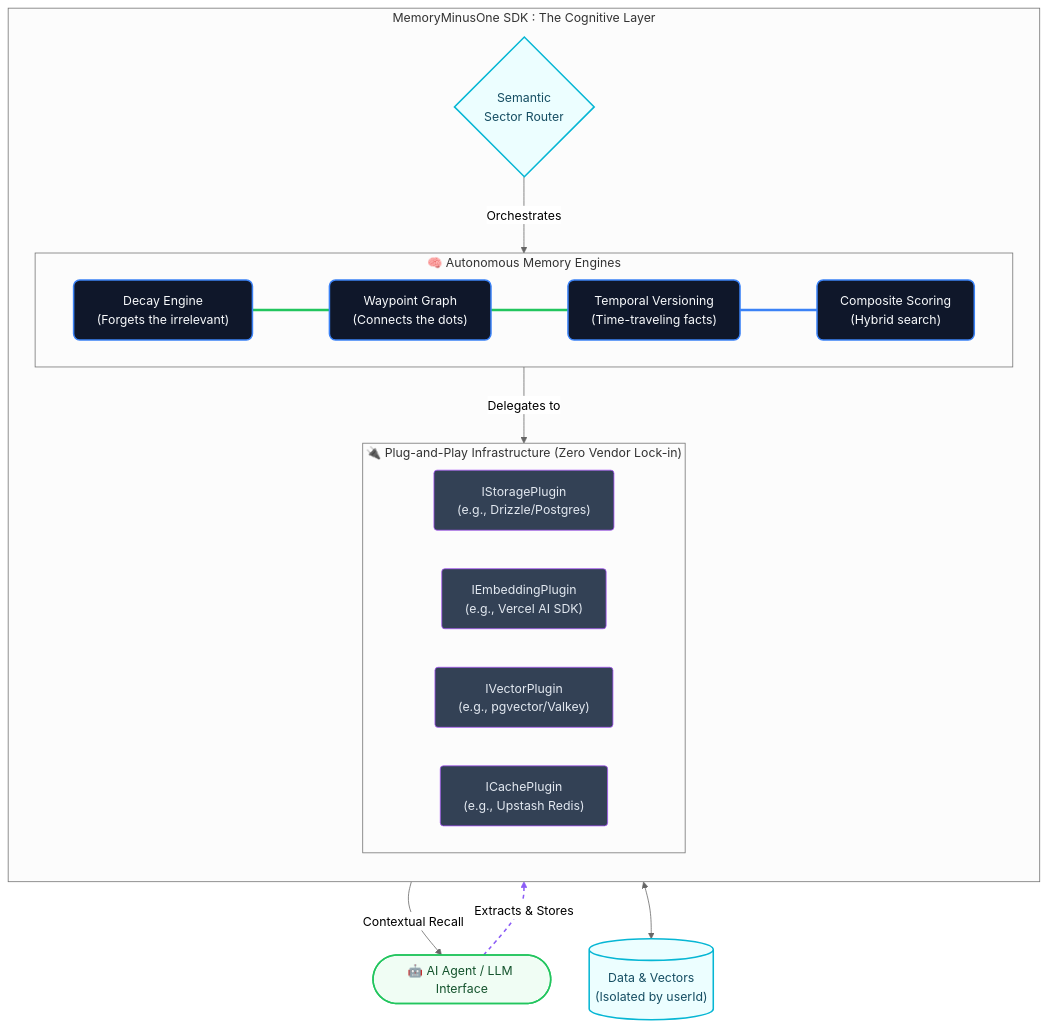
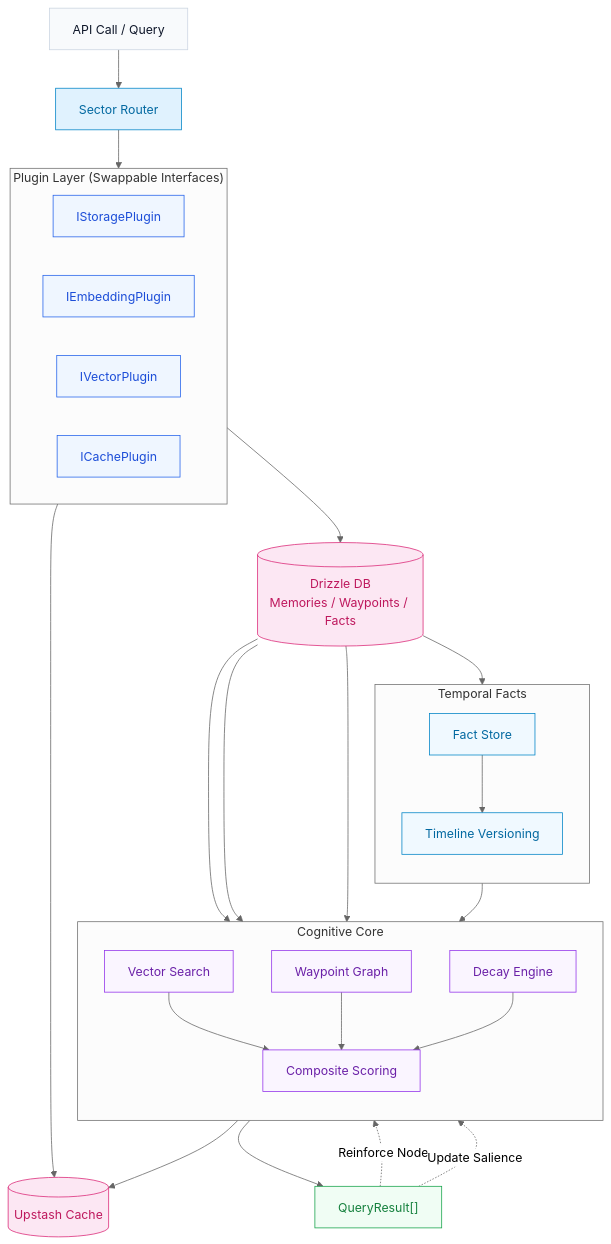
One commit to NormVg/MemoryMinusOne changed the diagram in README.md. Above: the diagram before and after it, drawn with Mermaid (neutral theme).

Commit message:
docs: revert architecture diagram in README to previous version

````diff
--- a/README.md
+++ b/README.md
@@ -83,56 +83,57 @@
 ```mermaid
-graph TD
-    %% Custom Styles for a Premium Look
-    classDef memory_core fill:#0f172a,stroke:#3b82f6,stroke-width:2px,color:#f8fafc,rx:8px,ry:8px
-    classDef plugin_layer fill:#1e293b,stroke:#8b5cf6,stroke-width:2px,color:#f8fafc,stroke-dasharray: 5 5,rx:8px,ry:8px
-    classDef plugin fill:#334155,stroke:#a855f7,stroke-width:1px,color:#e2e8f0,rx:4px,ry:4px
-    classDef active_data fill:#ecfeff,stroke:#06b6d4,stroke-width:2px,color:#164e63,rx:8px,ry:8px
-    classDef input_output fill:#f0fdf4,stroke:#22c55e,stroke-width:2px,color:#14532d,rx:20px,ry:20px
+flowchart TD
+    %% Styling Classes
+    classDef input fill:#f8fafc,stroke:#cbd5e1,stroke-width:1px,color:#0f172a;
+    classDef router fill:#e0f2fe,stroke:#0284c7,stroke-width:1px,color:#0369a1;
+    classDef db fill:#fce7f3,stroke:#db2777,stroke-width:1px,color:#be185d;
+    classDef engine fill:#faf5ff,stroke:#9333ea,stroke-width:1px,color:#6b21a8;
+    classDef facts fill:#f0f9ff,stroke:#0284c7,stroke-width:1px,color:#0369a1;
+    classDef plugin fill:#eff6ff,stroke:#2563eb,stroke-width:1px,color:#1d4ed8;
+    classDef outputNode fill:#f0fdf4,stroke:#16a34a,stroke-width:1px,color:#15803d;
 
-    %% Entry Point
-    AgentGateway(["🤖 AI Agent / LLM Interface"]):::input_output
+    Input["API Call / Query"]:::input --> Sectors["Sector Router"]:::router
 
-    %% The Core Product
-    subgraph MemoryMinusOne ["MemoryMinusOne SDK : The Cognitive Layer"]
-        direction TB
-        
-        %% Internal Orchestration
-        Router{"Semantic<br/>Sector Router"}:::active_data
-        
-        subgraph CognitiveEngines ["🧠 Autonomous Memory Engines"]
-            direction LR
-            Decay["Decay Engine<br/>(Forgets the irrelevant)"]:::memory_core
-            Waypoint["Waypoint Graph<br/>(Connects the dots)"]:::memory_core
-            Temporal["Temporal Versioning<br/>(Time-traveling facts)"]:::memory_core
-            Scoring["Composite Scoring<br/>(Hybrid search)"]:::memory_core
-            
-            Decay ~~~ Waypoint ~~~ Temporal ~~~ Scoring
-        end
-
-        %% Swappable Plugins
-        subgraph Plugins ["🔌 Plug-and-Play Infrastructure (Zero Vendor Lock-in)"]
-            direction LR
-            SPlugin["IStoragePlugin<br/>(e.g., Drizzle/Postgres)"]:::plugin
-            EPlugin["IEmbeddingPlugin<br/>(e.g., Vercel AI SDK)"]:::plugin
-            VPlugin["IVectorPlugin<br/>(e.g., pgvector/Valkey)"]:::plugin
-            CPlugin["ICachePlugin<br/>(e.g., Upstash Redis)"]:::plugin
-        end
+    subgraph CoreEngine ["Cognitive Core"]
+        direction TD
+        VReq["Vector Search"]:::engine
+        WaypointGraph["Waypoint Graph"]:::engine
+        Decay["Decay Engine"]:::engine
+        Scoring["Composite Scoring"]:::engine
     end
 
-    %% Data Store Execution
-    DB[("Data & Vectors<br/>(Isolated by userId)")]:::active_data
+    subgraph TemporalSystem ["Temporal Facts"]
+        direction TD
+        Facts["Fact Store"]:::facts
+        Timeline["Timeline Versioning"]:::facts
+    end
 
-    %% Data Flow
-    AgentGateway -->|Extracts & Stores| Router
-    Router -->|Contextual Recall| AgentGateway
-    
-    Router -->|Orchestrates| CognitiveEngines
-    CognitiveEngines -->|Delegates to| Plugins
-    
-    Plugins <--> DB
-    
-    %% Styling links
-    linkStyle 0,1 stroke:#22c55e,stroke-width:3px
-    linkStyle 2 stroke:#3b82f6,stroke-width:3px
-    linkStyle 3 stroke:#8b5cf6,stroke-width:2px,stroke-dasharray: 5 5
+    subgraph PluginLayer ["Plugin Layer (Swappable Interfaces)"]
+        direction LR
+        IStore["IStoragePlugin"]:::plugin
+        IEmbed["IEmbeddingPlugin"]:::plugin
+        IVec["IVectorPlugin"]:::plugin
+        ICache["ICachePlugin"]:::plugin
+    end
+
+    Sectors --> IEmbed
+    IEmbed --> DB[(Drizzle DB<br/>Memories / Waypoints / Facts)]:::db
+    IEmbed --> Cache[(Upstash Cache)]:::db
+
+    DB --> VReq
+    DB --> WaypointGraph
+    DB --> Decay
+    DB --> Facts
+
+    Facts --> Timeline
+
+    VReq --> Scoring
+    WaypointGraph --> Scoring
+    Decay --> Scoring
+    Timeline --> Scoring
+
+    Scoring --> Cache
+    Scoring --> Result["QueryResult[]"]:::outputNode
+
+    Result -.->|Reinforce Node| WaypointGraph
+    Result -.->|Update Salience| Decay
 ```
````
